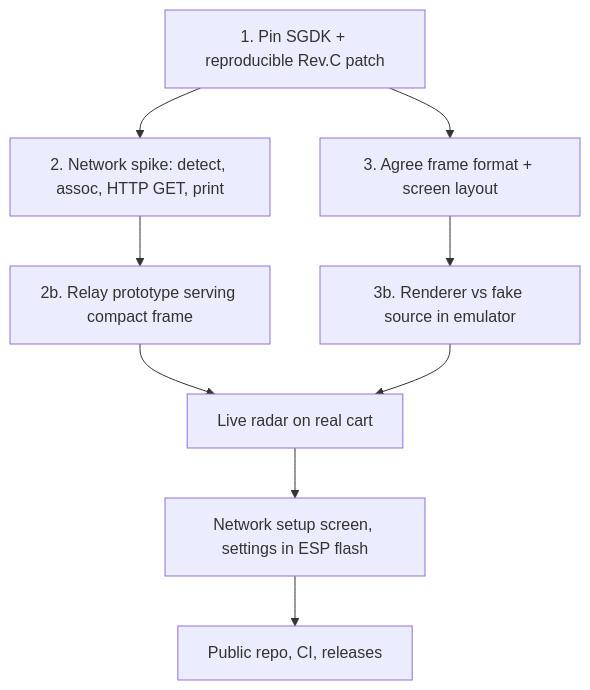
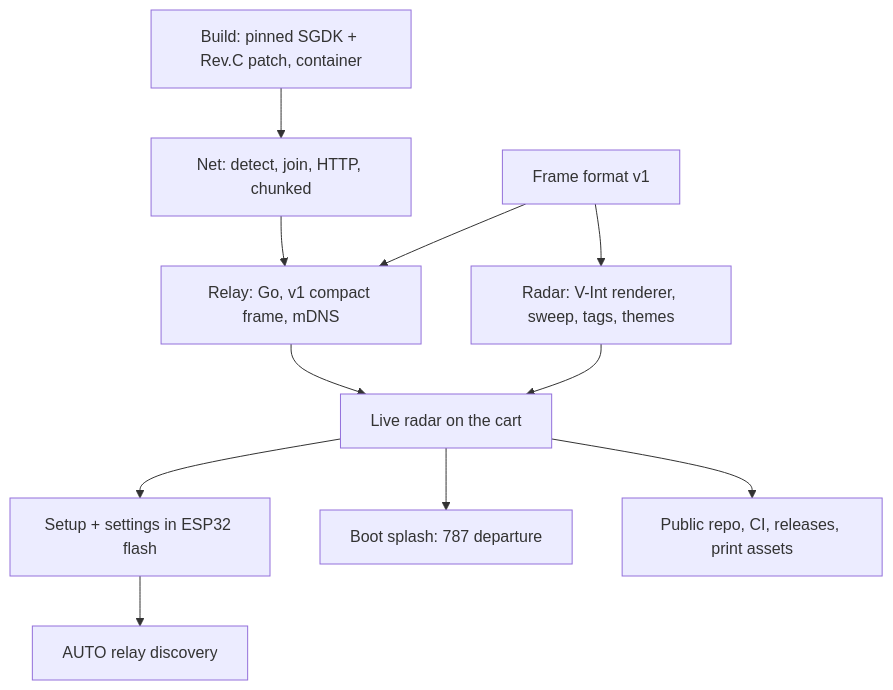
The diagram in lode/plans/roadmap.md (jfryman/mega-wifi-radar), drawn with Mermaid before and after one commit. The commit also changed other lines of this file and 15 other files, not shown here.

Commit message:
lode: current-state audit (roadmap, feed, terminology, examples, diagrams)

````diff
--- a/lode/plans/roadmap.md
+++ b/lode/plans/roadmap.md
@@ -3,11 +3,13 @@
 ```mermaid
 flowchart TD
-  S1[1. Pin SGDK + reproducible Rev.C patch] --> S2[2. Network spike: detect, assoc, HTTP GET, print]
-  S2 --> S3[2b. Relay prototype serving compact frame]
-  S1 --> S4[3. Agree frame format + screen layout]
-  S4 --> S5[3b. Renderer vs fake source in emulator]
-  S3 --> S6[Live radar on real cart]
-  S5 --> S6
-  S6 --> S7[Network setup screen, settings in ESP flash]
-  S7 --> S8[Public repo, CI, releases]
+  B[Build: pinned SGDK + Rev.C patch, container] --> N[Net: detect, join, HTTP, chunked]
+  N --> R[Relay: Go, v1 compact frame, mDNS]
+  F[Frame format v1] --> R
+  F --> V[Radar: V-Int renderer, sweep, tags, themes]
+  R --> L[Live radar on the cart]
+  V --> L
+  L --> S[Setup + settings in ESP32 flash]
+  L --> P[Boot splash: 787 departure]
+  S --> D[AUTO relay discovery]
+  L --> G[Public repo, CI, releases, print assets]
 ```
````
